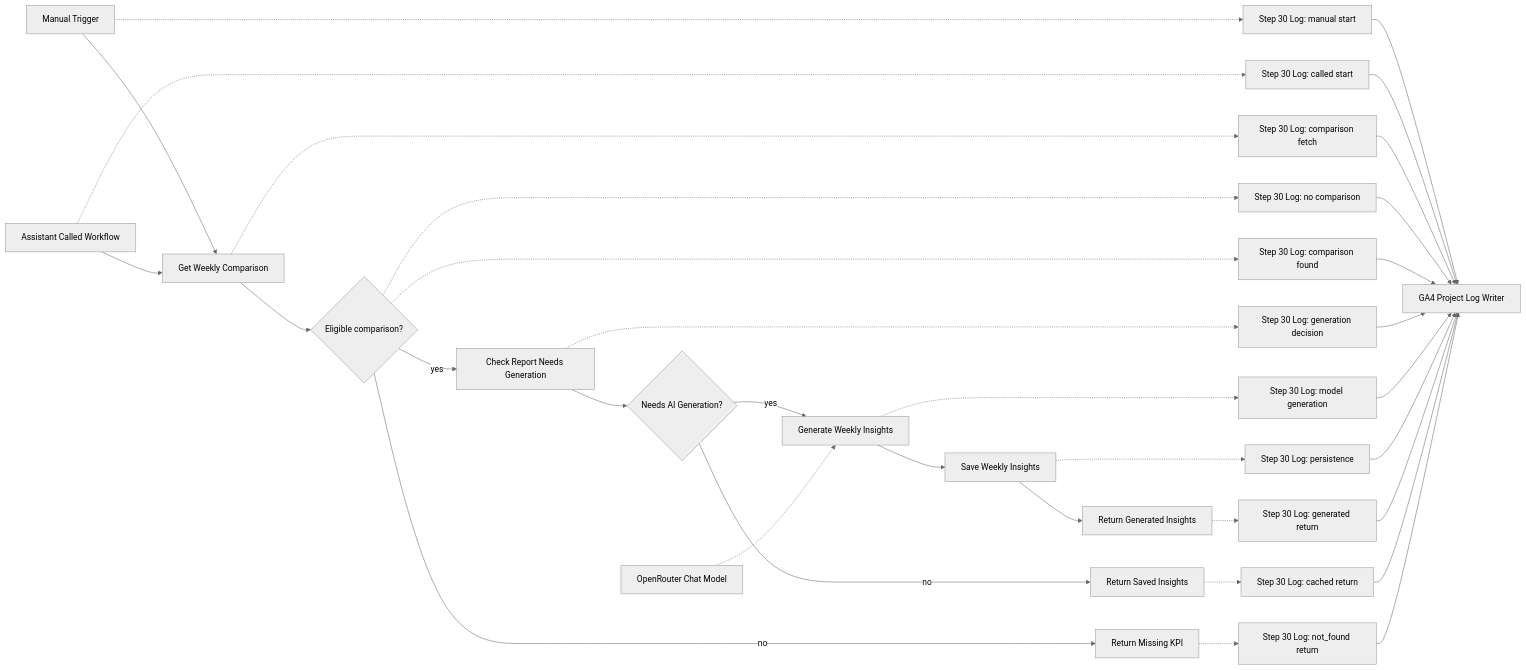
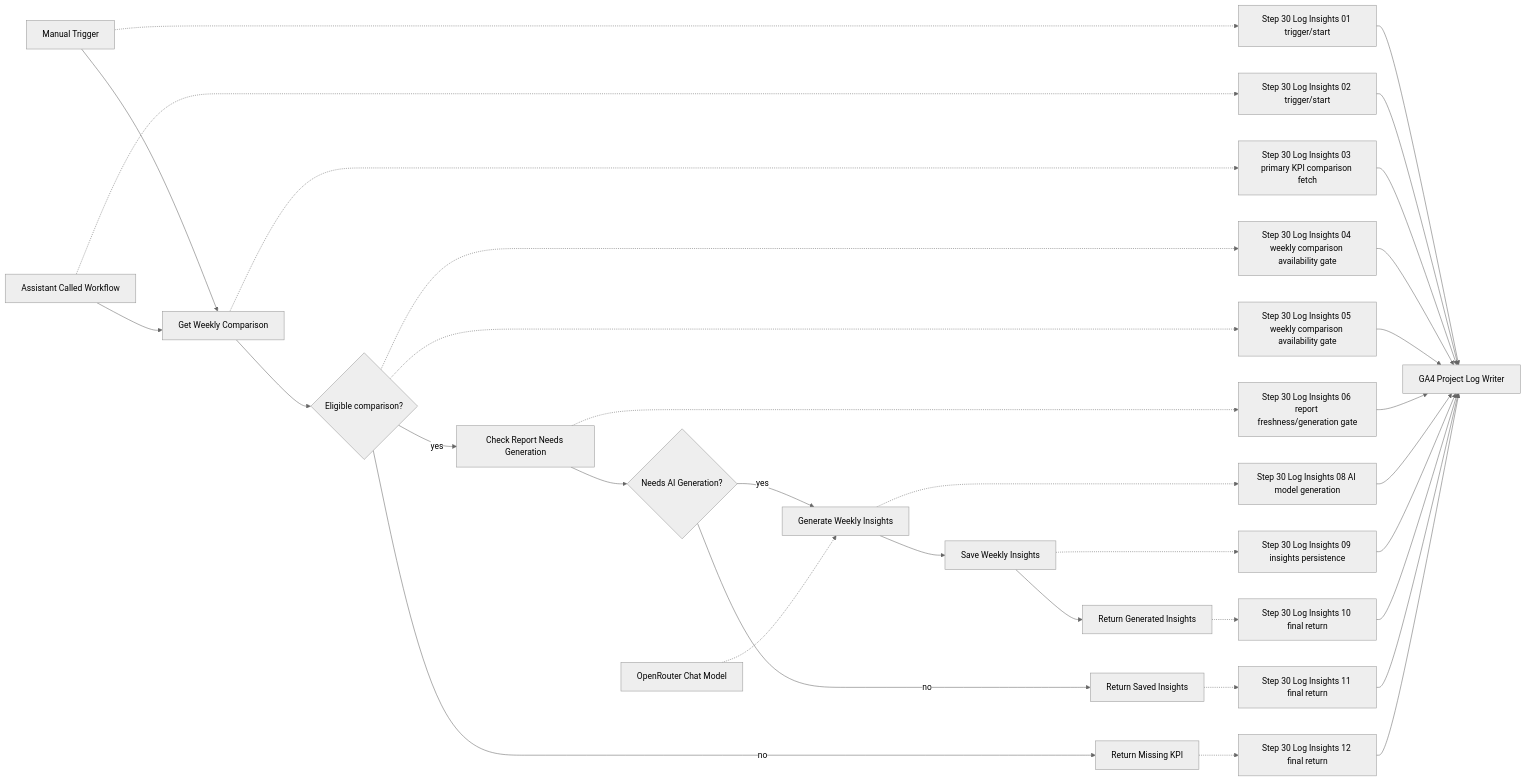
Before and after one commit to cizmeli/ga4-ai-analytics-automation: the diagram in workflows/docs/ga4-weekly-ai-insights.md, drawn with Mermaid (neutral theme).

Commit message:
docs: align weekly insights diagram node labels

```diff
--- a/workflows/docs/ga4-weekly-ai-insights.md
+++ b/workflows/docs/ga4-weekly-ai-insights.md
@@ -46,36 +46,36 @@
 ~~~mermaid
 flowchart LR
   M[Manual Trigger] --> Q[Get Weekly Comparison]
   C[Assistant Called Workflow] --> Q
-  Q -.-> L3[Step 30 Log: comparison fetch]
+  Q -.-> L3[Step 30 Log Insights 03 primary KPI comparison fetch]
   Q --> F{Eligible comparison?}
   F -->|no| MK[Return Missing KPI]
-  F -.-> L4[Step 30 Log: no comparison]
-  F -.-> L5[Step 30 Log: comparison found]
+  F -.-> L4[Step 30 Log Insights 04 weekly comparison availability gate]
+  F -.-> L5[Step 30 Log Insights 05 weekly comparison availability gate]
   F -->|yes| K[Check Report Needs Generation]
-  K -.-> L6[Step 30 Log: generation decision]
+  K -.-> L6[Step 30 Log Insights 06 report freshness/generation gate]
   K --> B{Needs AI Generation?}
   B -->|yes| G[Generate Weekly Insights]
-  G -.-> L8[Step 30 Log: model generation]
+  G -.-> L8[Step 30 Log Insights 08 AI model generation]
   G --> S[Save Weekly Insights]
-  S -.-> L9[Step 30 Log: persistence]
+  S -.-> L9[Step 30 Log Insights 09 insights persistence]
   S --> R1[Return Generated Insights]
   B -->|no| R2[Return Saved Insights]
-  R1 -.-> L10[Step 30 Log: generated return]
-  R2 -.-> L11[Step 30 Log: cached return]
-  MK -.-> L12[Step 30 Log: not_found return]
-  M -.-> L1[Step 30 Log: manual start]
-  C -.-> L2[Step 30 Log: called start]
+  R1 -.-> L10[Step 30 Log Insights 10 final return]
+  R2 -.-> L11[Step 30 Log Insights 11 final return]
+  MK -.-> L12[Step 30 Log Insights 12 final return]
+  M -.-> L1[Step 30 Log Insights 01 trigger/start]
+  C -.-> L2[Step 30 Log Insights 02 trigger/start]
   L1 --> LOG[GA4 Project Log Writer]
   L2 --> LOG
   L3 --> LOG
   L4 --> LOG
   L5 --> LOG
   L6 --> LOG
   L8 --> LOG
   L9 --> LOG
   L10 --> LOG
   L11 --> LOG
   L12 --> LOG
   O[OpenRouter Chat Model] -.-> G
 ~~~
```
